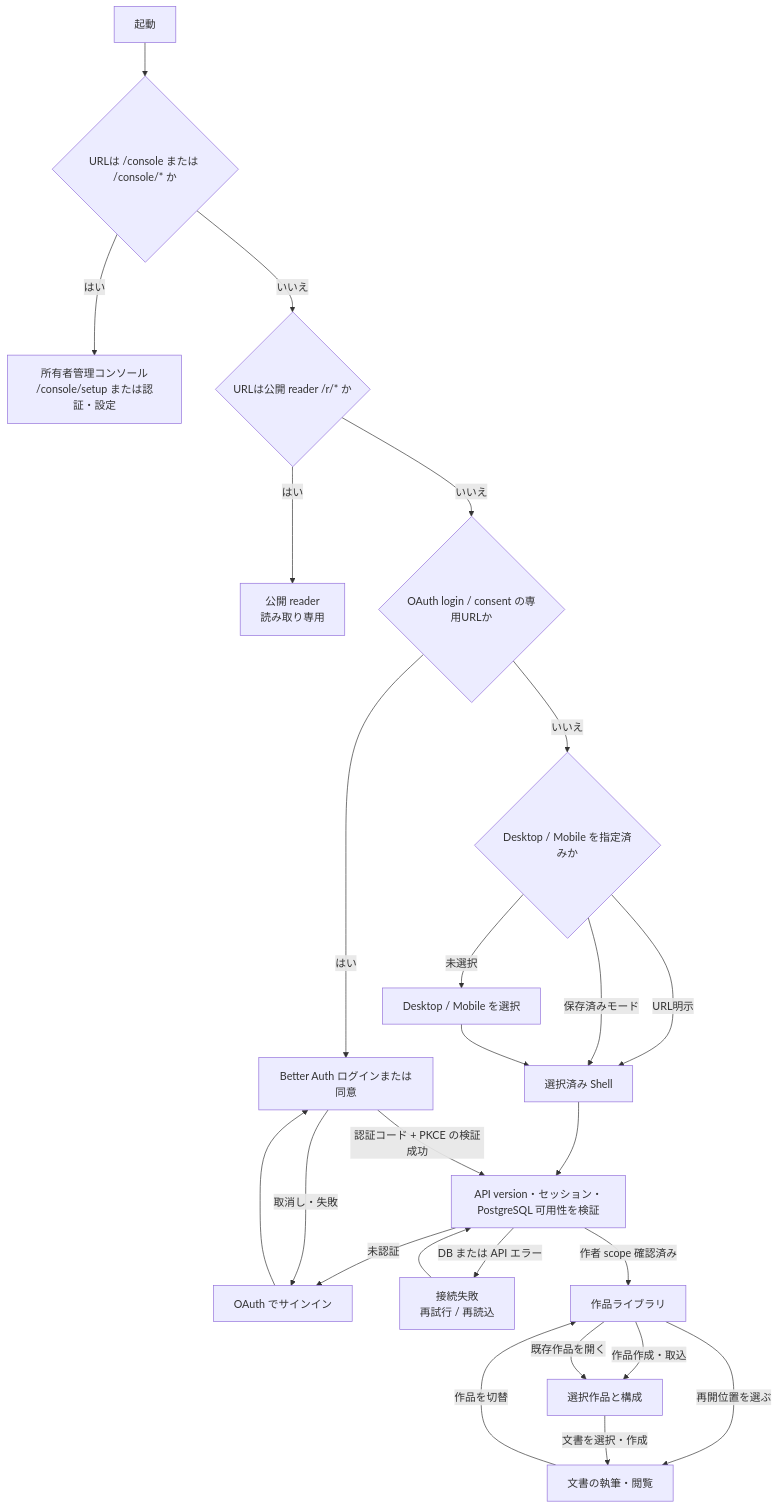
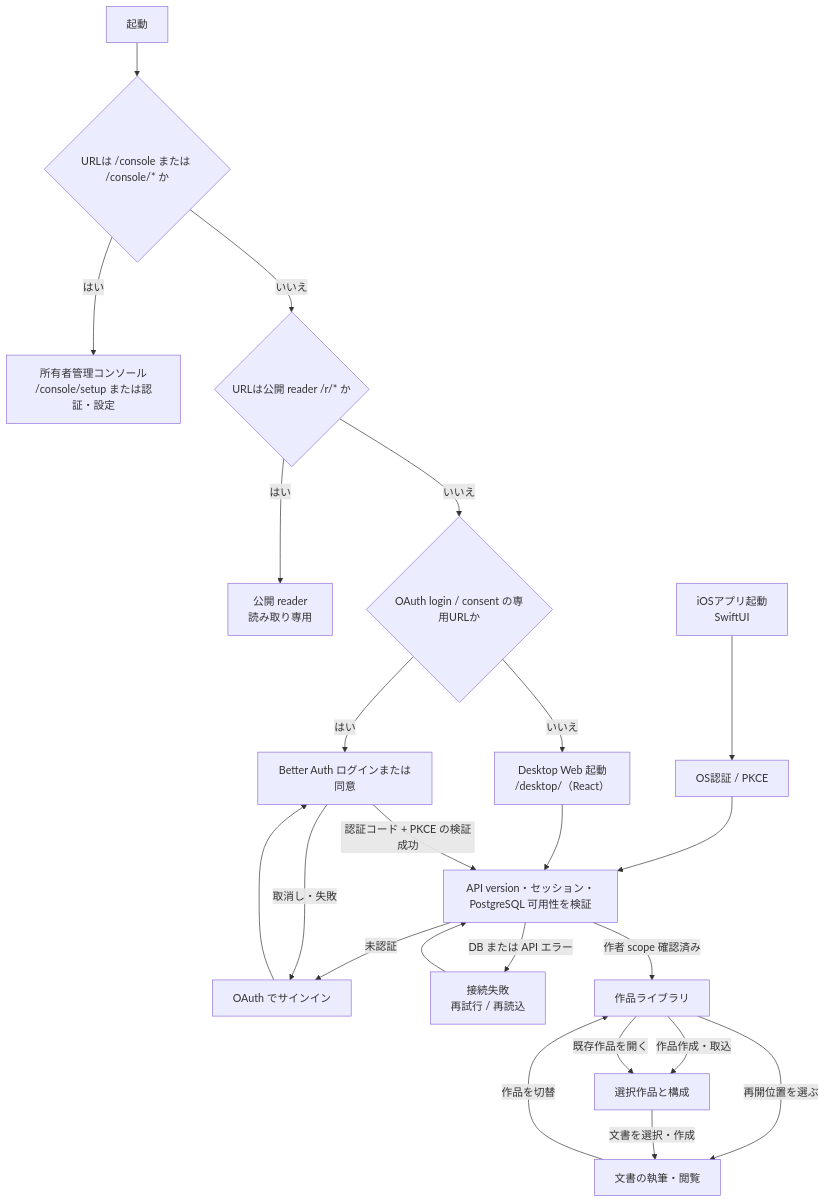
One commit to yohn-jp/codexia changed the first of 4 diagrams in docs/design/USER-SCREEN-FLOW.md. Above: the diagram before and after it, drawn with Mermaid. The commit also changed other lines of this file and 8 other files, not shown here.

Commit message:
docs: adopt Desktop React and native SwiftUI iOS architecture

````diff
--- a/docs/design/USER-SCREEN-FLOW.md
+++ b/docs/design/USER-SCREEN-FLOW.md
@@ -11,27 +11,25 @@
 ```mermaid
 flowchart TD
     START["起動"] --> CONSOLE{"URLは /console または /console/* か"}
     CONSOLE -->|はい| ADMIN["所有者管理コンソール<br/>/console/setup または認証・設定"]
     CONSOLE -->|いいえ| PATH{"URLは公開 reader /r/* か"}
     PATH -->|はい| READER["公開 reader<br/>読み取り専用"]
     PATH -->|いいえ| OAUTH_PAGE{"OAuth login / consent の専用URLか"}
     OAUTH_PAGE -->|はい| OA["Better Auth ログインまたは同意"]
-    OAUTH_PAGE -->|いいえ| MODE{"Desktop / Mobile を指定済みか"}
-    MODE -->|URL明示| ENTRY["選択済み Shell"]
-    MODE -->|保存済みモード| ENTRY
-    MODE -->|未選択| CHOOSER["Desktop / Mobile を選択"]
-    CHOOSER --> ENTRY
+    OAUTH_PAGE -->|いいえ| ENTRY["Desktop Web 起動<br/>/desktop/（React）"]
+    NATIVE["iOSアプリ起動<br/>SwiftUI"] --> NATIVE_AUTH["OS認証 / PKCE"]
+    NATIVE_AUTH --> CHECK
     ENTRY --> CHECK["API version・セッション・PostgreSQL 可用性を検証"]
     CHECK -->|未認証| LOGIN["OAuth でサインイン"]
     LOGIN --> OA
     OA -->|認証コード + PKCE の検証成功| CHECK
     OA -->|取消し・失敗| LOGIN
     CHECK -->|DB または API エラー| FAIL["接続失敗<br/>再試行 / 再読込"]
     FAIL --> CHECK
     CHECK -->|作者 scope 確認済み| LIB["作品ライブラリ"]
     LIB -->|作品作成・取込| PROJ["選択作品と構成"]
     LIB -->|既存作品を開く| PROJ
     LIB -->|再開位置を選ぶ| WRITING["文書の執筆・閲覧"]
     PROJ -->|文書を選択・作成| WRITING
     WRITING -->|作品を切替| LIB
 ```
````
